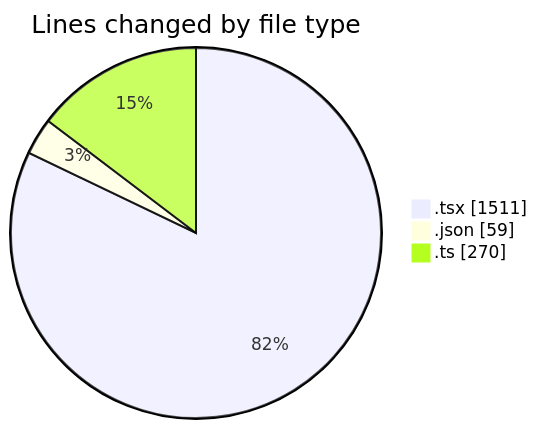
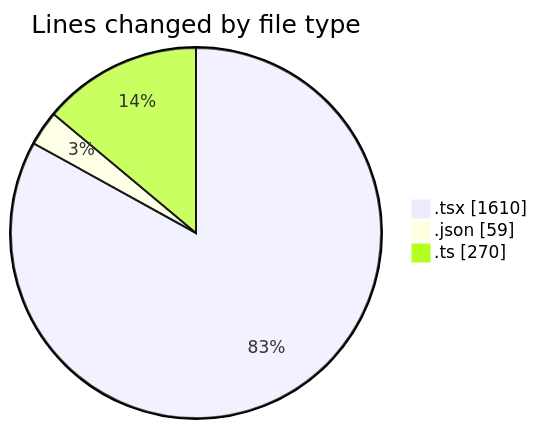
One commit to momahboobian/code-tracking changed the first of 2 diagrams in 2025-11-24/cda/README.md. Above: the diagram before and after it, drawn with Mermaid. The commit also changed other lines of this file and 1 other file, not shown here.

````diff
--- a/2025-11-24/cda/README.md
+++ b/2025-11-24/cda/README.md
@@ -28,7 +28,7 @@
 ```mermaid
 pie showData
 title Lines changed by file type
-".tsx" : 1511
+".tsx" : 1610
 ".json" : 59
 ".ts" : 270
 ```
````
